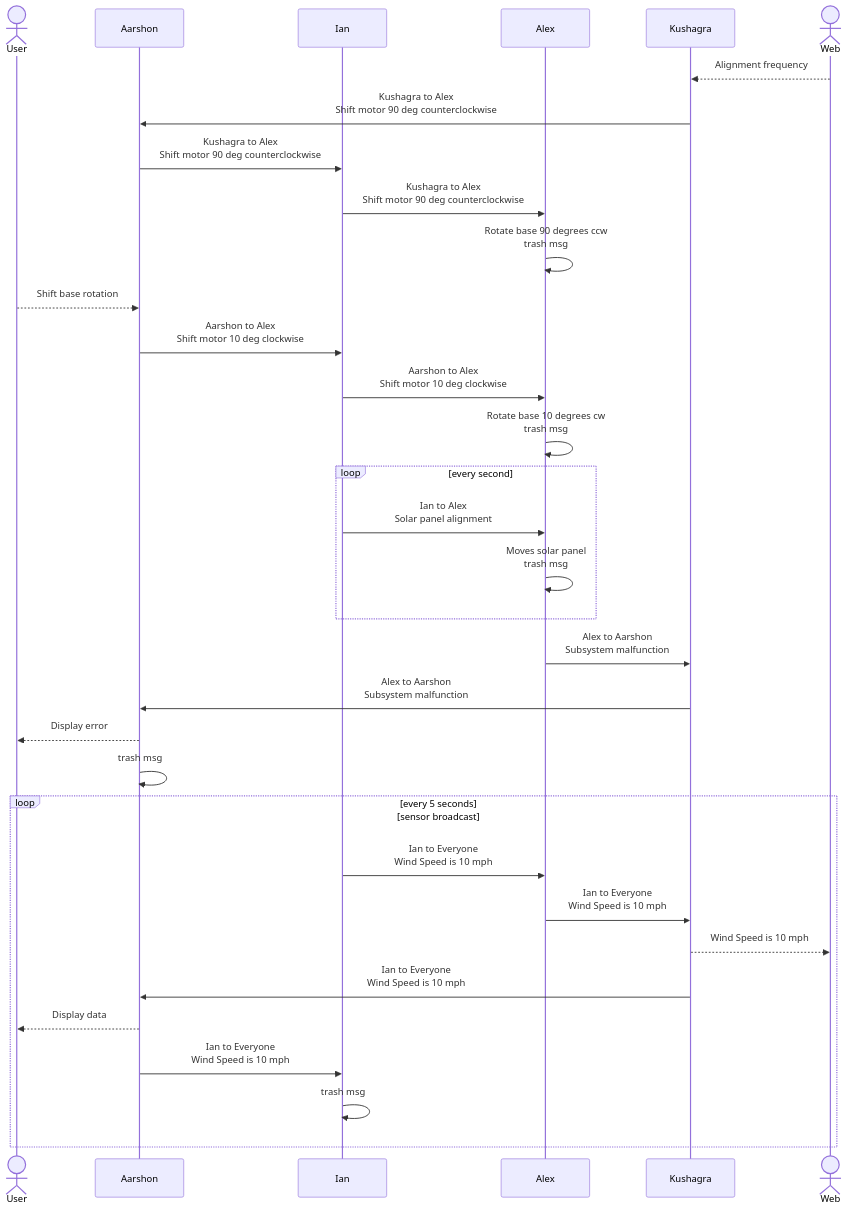
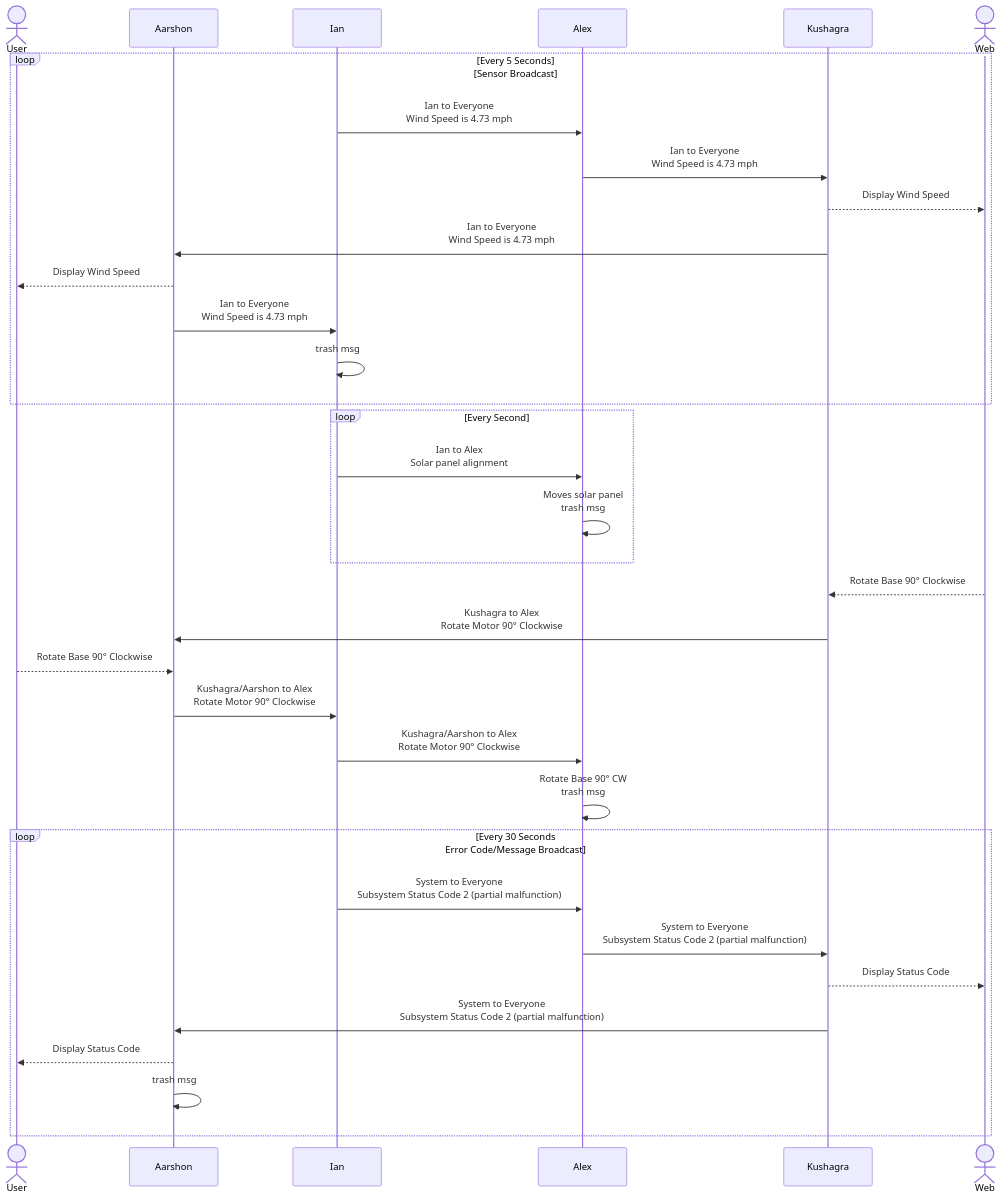
One commit to EGR314-2025-S-306/EGR314-Team306 changed the diagram in docs/block.md. Above: the diagram before and after it, drawn with Mermaid. The commit also changed other lines of this file and 2 other files, not shown here.

Commit message:
more reformatting

````diff
--- a/docs/block.md
+++ b/docs/block.md
@@ -45,35 +45,39 @@
 ``` mermaid
 sequenceDiagram
     actor u as User
     participant a as Aarshon
     participant i as Ian
     participant c as Alex
     participant k as Kushagra
     actor w as Web
-    w-->>k: Alignment frequency
-    k->>a: Kushagra to Alex<br>Shift motor 90 deg counterclockwise
-    a->>i: Kushagra to Alex<br>Shift motor 90 deg counterclockwise
-    i->>c: Kushagra to Alex<br>Shift motor 90 deg counterclockwise
-    c->>c: Rotate base 90 degrees ccw<br>trash msg
-    u-->>a: Shift base rotation
-    a->>i: Aarshon to Alex<br>Shift motor 10 deg clockwise
-    i->>c: Aarshon to Alex<br>Shift motor 10 deg clockwise
-    c->>c: Rotate base 10 degrees cw<br>trash msg
-    loop every second
+
+    loop Every 5 Seconds]<br>[Sensor Broadcast
+        i->>c: Ian to Everyone<br>Wind Speed is 4.73 mph
+        c->>k: Ian to Everyone<br>Wind Speed is 4.73 mph
+        k-->>w: Display Wind Speed
+        k->>a: Ian to Everyone<br>Wind Speed is 4.73 mph
+        a-->>u: Display Wind Speed
+        a->>i: Ian to Everyone<br>Wind Speed is 4.73 mph
+        i->>i: trash msg
+    end
+    loop Every Second
         i->>c: Ian to Alex<br>Solar panel alignment
         c->>c: Moves solar panel<br>trash msg
     end
-    c->>k: Alex to Aarshon<br>Subsystem malfunction
-    k->>a: Alex to Aarshon<br>Subsystem malfunction
-    a-->>u: Display error
-    a->>a: trash msg
-    loop every 5 seconds]<br>[sensor broadcast
-        i->>c: Ian to Everyone<br>Wind Speed is 10 mph
-        c->>k: Ian to Everyone<br>Wind Speed is 10 mph
-        k-->>w: Wind Speed is 10 mph
-        k->>a: Ian to Everyone<br>Wind Speed is 10 mph
-        a-->>u: Display data
-        a->>i: Ian to Everyone<br>Wind Speed is 10 mph
-        i->>i: trash msg
+
+    w-->>k: Rotate Base 90° Clockwise
+    k->>a: Kushagra to Alex<br>Rotate Motor 90° Clockwise
+    u-->>a: Rotate Base 90° Clockwise
+    a->>i: Kushagra/Aarshon to Alex<br>Rotate Motor 90° Clockwise
+    i->>c: Kushagra/Aarshon to Alex<br>Rotate Motor 90° Clockwise
+    c->>c: Rotate Base 90° CW<br>trash msg
+    
+    loop Every 30 Seconds<br>Error Code/Message Broadcast
+        i->>c: System to Everyone<br>Subsystem Status Code 2 (partial malfunction)
+        c->>k: System to Everyone<br>Subsystem Status Code 2 (partial malfunction)
+        k-->>w: Display Status Code
+        k->>a: System to Everyone<br>Subsystem Status Code 2 (partial malfunction)
+        a-->>u: Display Status Code
+        a->>a: trash msg
     end
 ```
````
